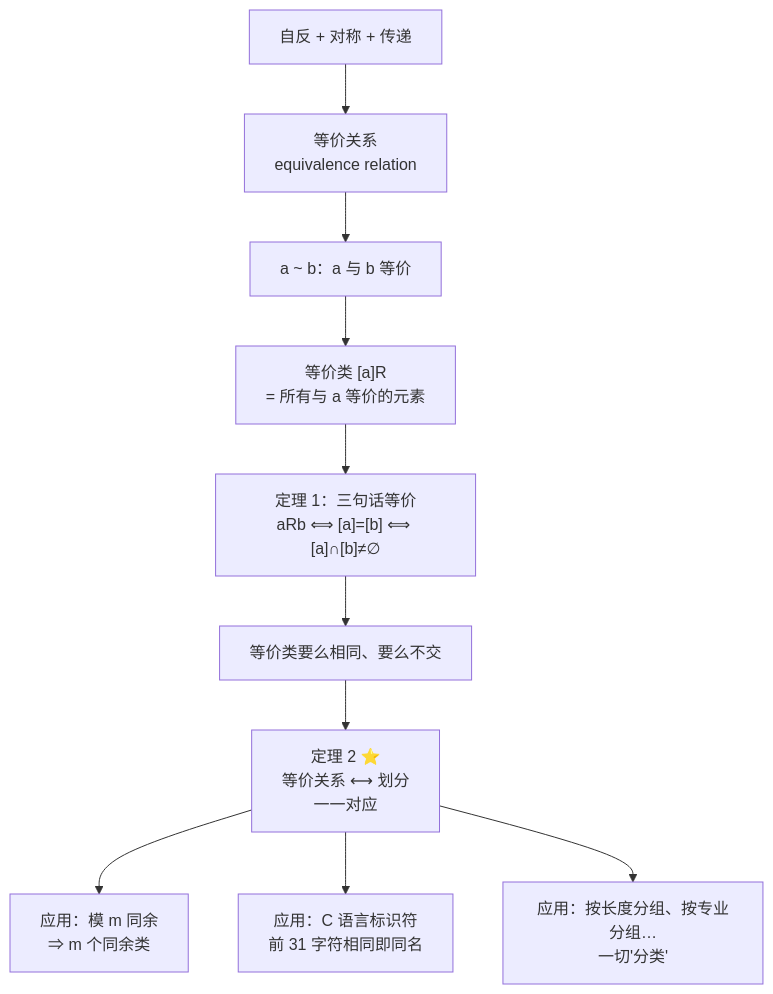
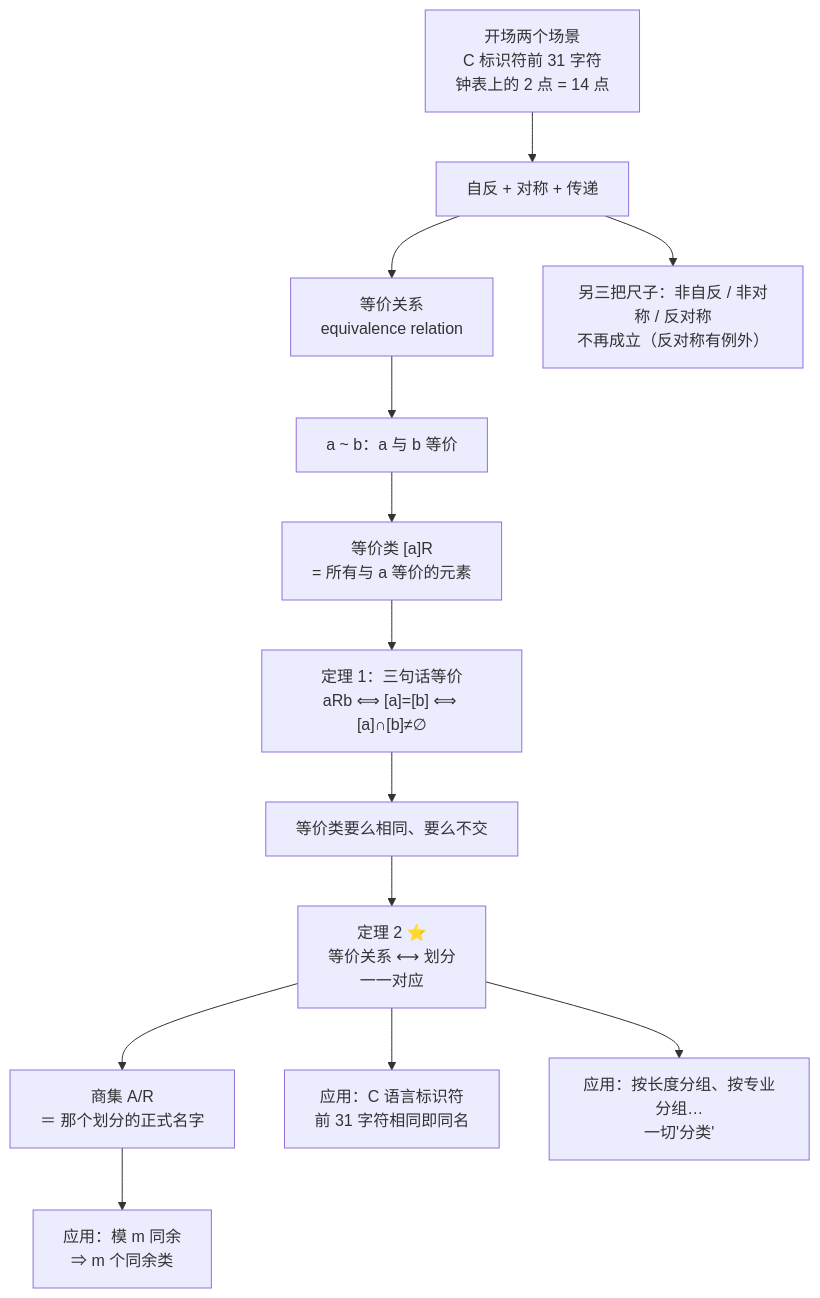
Before and after one commit to KayeAdams515/ClaudeNotes: the diagram in 离散数学/C9.5 等价关系 Equivalence Relations.md, drawn with Mermaid. The commit also changed other lines of this file and 777 other files, not shown here.

````diff
--- a/离散数学/C9.5 等价关系 Equivalence Relations.md
+++ b/离散数学/C9.5 等价关系 Equivalence Relations.md
@@ -33,12 +34,15 @@
 ```mermaid
 graph TD
-    A["自反 + 对称 + 传递"] --> B["等价关系<br/>equivalence relation"]
+    S["开场两个场景<br/>C 标识符前 31 字符<br/>钟表上的 2 点 = 14 点"] --> A["自反 + 对称 + 传递"]
+    A --> B["等价关系<br/>equivalence relation"]
+    A --> R["另三把尺子：非自反 / 非对称 / 反对称<br/>不再成立（反对称有例外）"]
     B --> C["a ~ b：a 与 b 等价"]
     C --> D["等价类 [a]R<br/>= 所有与 a 等价的元素"]
     D --> E["定理 1：三句话等价<br/>aRb ⟺ [a]=[b] ⟺ [a]∩[b]≠∅"]
     E --> F["等价类要么相同、要么不交"]
     F --> G["定理 2 ⭐<br/>等价关系 ⟷ 划分<br/>一一对应"]
-    G --> H1["应用：模 m 同余<br/>⇒ m 个同余类"]
+    G --> Q["商集 A/R<br/>＝ 那个划分的正式名字"]
+    Q --> H1["应用：模 m 同余<br/>⇒ m 个同余类"]
     G --> H2["应用：C 语言标识符<br/>前 31 字符相同即同名"]
     G --> H3["应用：按长度分组、按专业分组…<br/>一切'分类'"]
 ```
````
